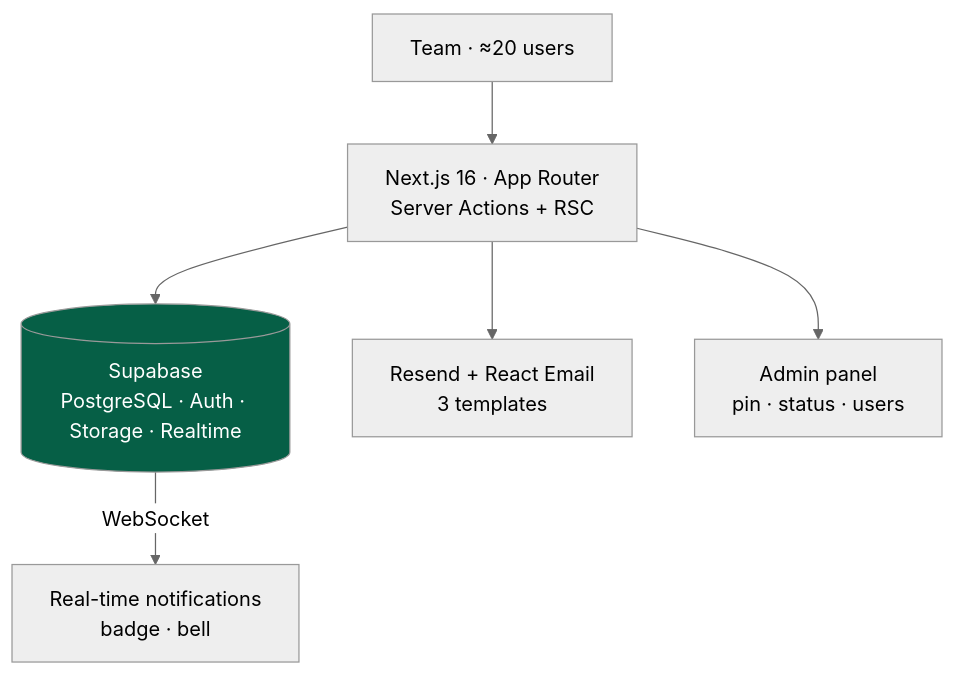
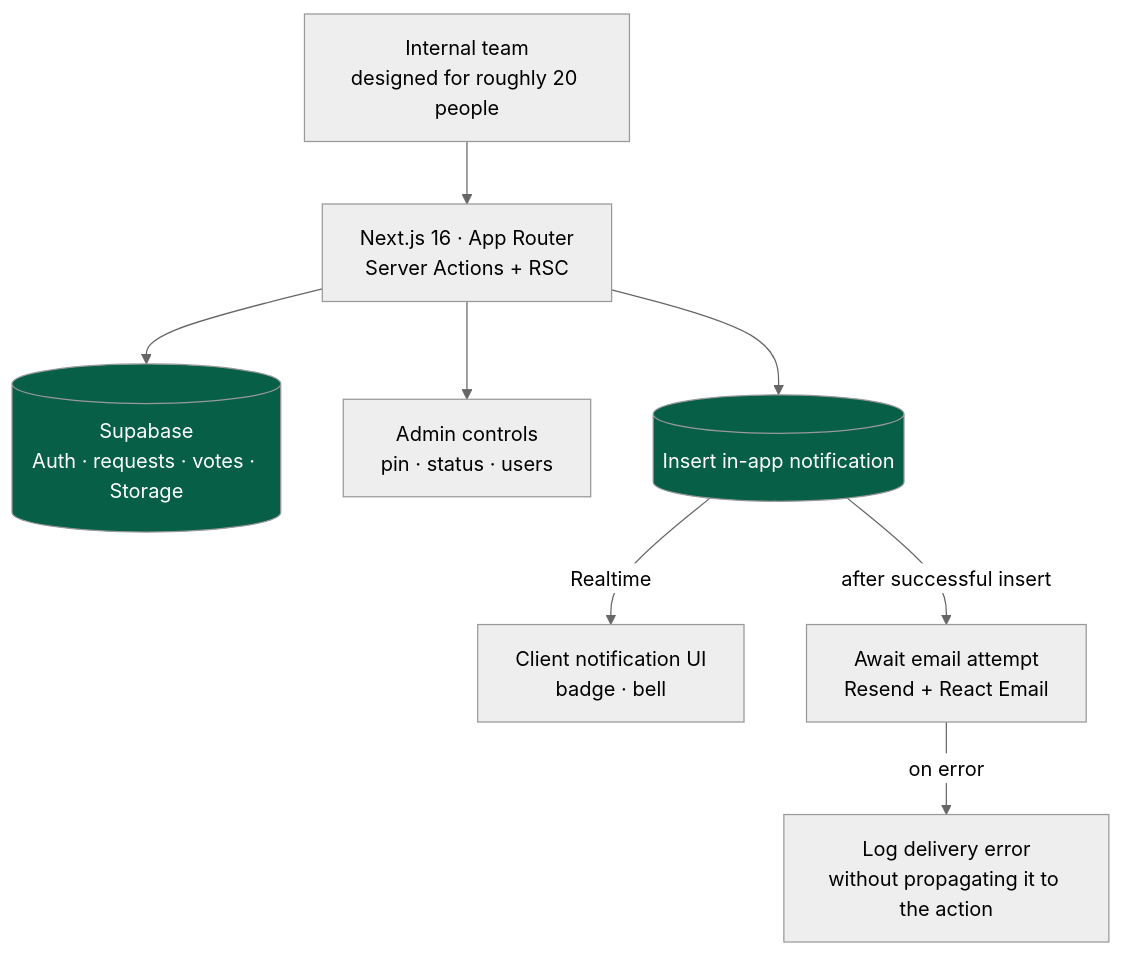
One commit to aleglope/production-systems-case-studies changed the diagram in projects/taskboard.md. Above: the diagram before and after it, drawn with Mermaid (neutral theme). The commit also changed other lines of this file and 25 other files, not shown here.

````diff
--- a/projects/taskboard.md
+++ b/projects/taskboard.md
@@ -19,10 +27,13 @@
 ```mermaid
 flowchart TB
-    USER["Team · ≈20 users"] --> APP["Next.js 16 · App Router<br/>Server Actions + RSC"]
-    APP --> SUPA[("Supabase<br/>PostgreSQL · Auth · Storage · Realtime")]
-    SUPA -- "WebSocket" --> RT["Real-time notifications<br/>badge · bell"]
-    APP --> RESEND["Resend + React Email<br/>3 templates"]
-    APP --> ADMIN["Admin panel<br/>pin · status · users"]
+    USER["Internal team<br/>designed for roughly 20 people"] --> APP["Next.js 16 · App Router<br/>Server Actions + RSC"]
+    APP --> SUPA[("Supabase<br/>Auth · requests · votes · Storage")]
+    APP --> ADMIN["Admin controls<br/>pin · status · users"]
+    APP --> NOTIF[("Insert in-app notification")]
+    NOTIF -- "Realtime" --> RT["Client notification UI<br/>badge · bell"]
+    NOTIF -- "after successful insert" --> EMAIL["Await email attempt<br/>Resend + React Email"]
+    EMAIL -- "on error" --> LOG["Log delivery error<br/>without propagating it to the action"]
 
     style SUPA fill:#065f46,color:#fff
+    style NOTIF fill:#065f46,color:#fff
 ```
````
